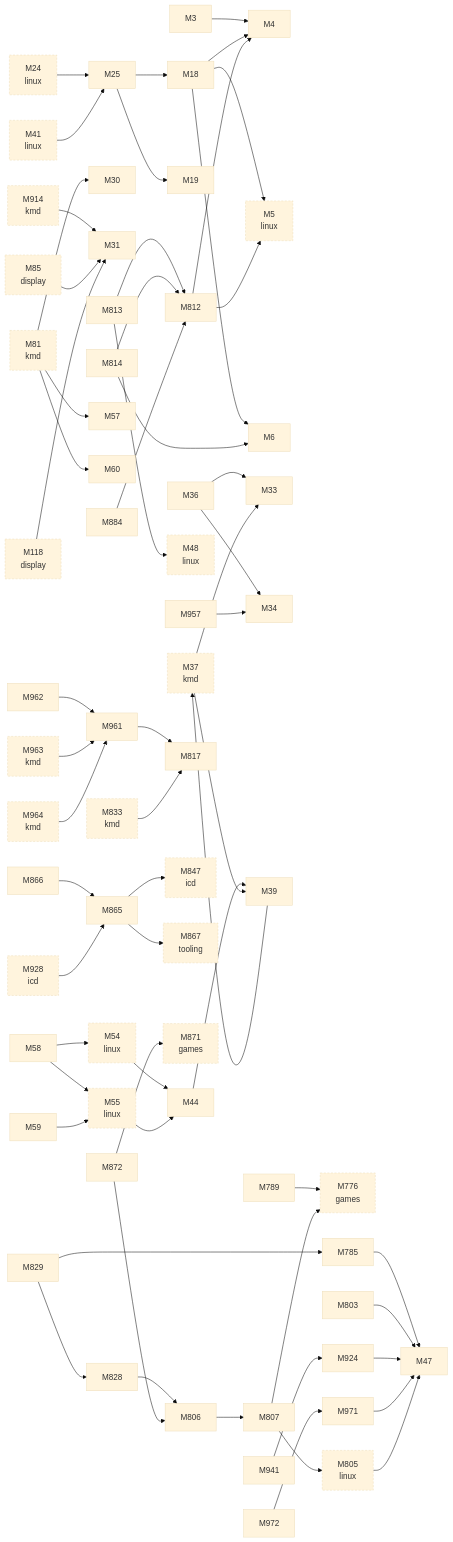
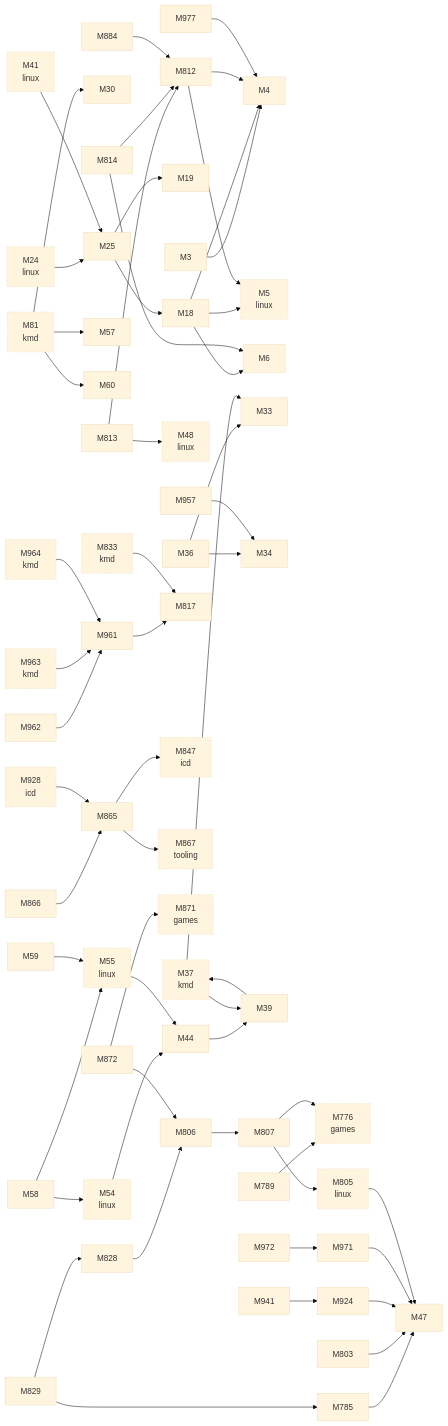
Before and after one commit to D-Ogi/amdgpu-wddm: the second of 3 diagrams in docs/facts/graphs/hardware.md, drawn with Mermaid (base theme). The commit also changed 27 other files, not shown here.

````diff
--- a/docs/facts/graphs/hardware.md
+++ b/docs/facts/graphs/hardware.md
@@ -101,7 +101,6 @@
   M24["M24<br/>linux"]
   M25["M25"]
   M30["M30"]
-  M31["M31"]
   M33["M33"]
   M34["M34"]
   M36["M36"]
@@ -118,8 +117,6 @@
   M59["M59"]
   M60["M60"]
   M81["M81<br/>kmd"]
-  M85["M85<br/>display"]
-  M118["M118<br/>display"]
   M776["M776<br/>games"]
   M785["M785"]
   M789["M789"]
@@ -141,7 +138,6 @@
   M871["M871<br/>games"]
   M872["M872"]
   M884["M884"]
-  M914["M914<br/>kmd"]
   M924["M924"]
   M928["M928<br/>icd"]
   M941["M941"]
@@ -152,6 +148,7 @@
   M964["M964<br/>kmd"]
   M971["M971"]
   M972["M972"]
+  M977["M977"]
   M3 --> M4
   M18 --> M4
   M18 --> M5
@@ -193,17 +190,15 @@
   M962 --> M961
   M971 --> M47
   M972 --> M971
+  M977 --> M4
   M37 --> M33
   M37 --> M39
   M81 --> M30
   M81 --> M57
   M81 --> M60
   M833 --> M817
-  M914 --> M31
   M963 --> M961
   M964 --> M961
-  M85 --> M31
-  M118 --> M31
   M928 --> M865
   M24 --> M25
   M41 --> M25
@@ -211,5 +206,5 @@
   M55 --> M44
   M805 --> M47
   classDef other stroke-dasharray:4 3
-  class M5,M24,M37,M41,M48,M54,M55,M81,M85,M118,M776,M805,M833,M847,M867,M871,M914,M928,M963,M964 other
+  class M5,M24,M37,M41,M48,M54,M55,M81,M776,M805,M833,M847,M867,M871,M928,M963,M964 other
 ```
````
